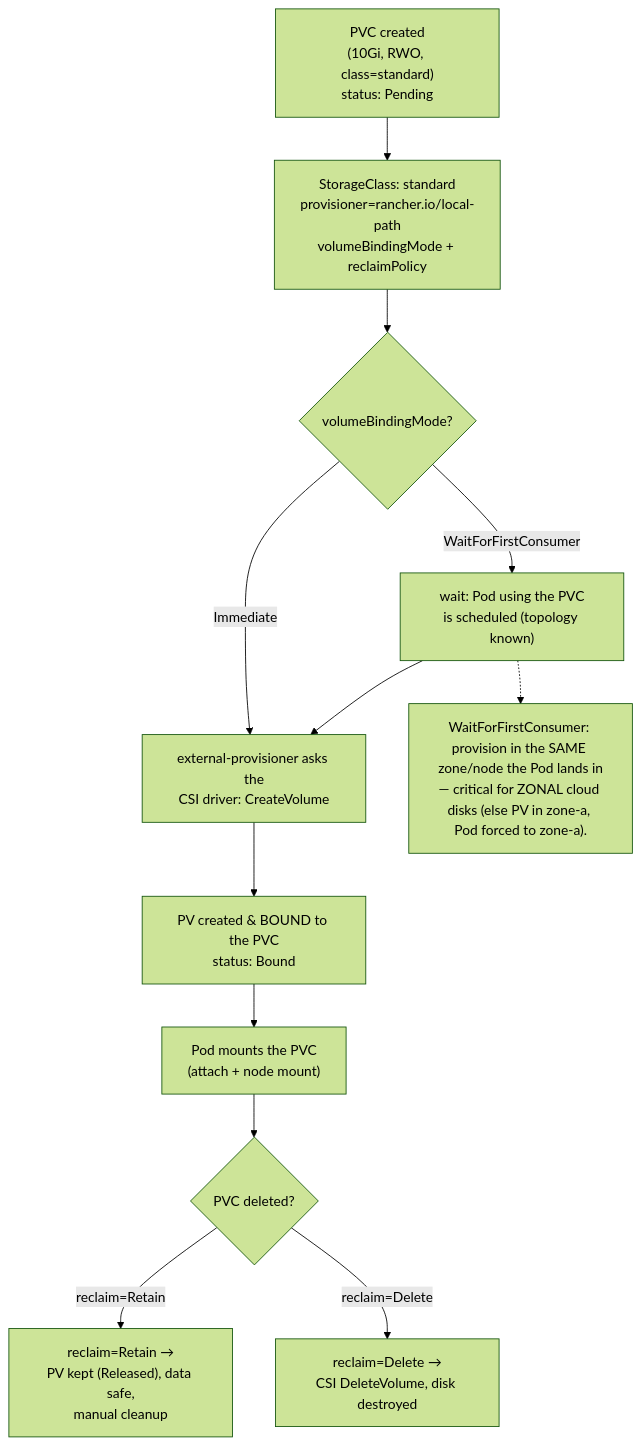
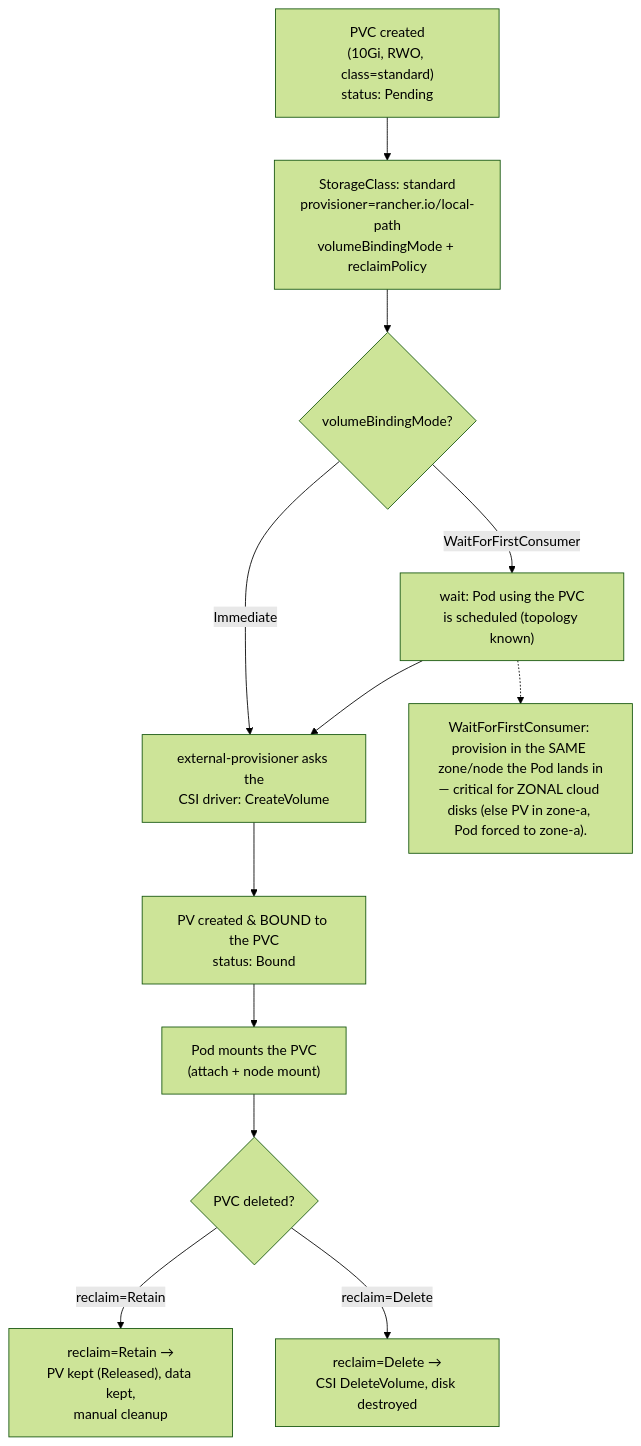
One commit to abd-ulbasit/bookstore-kubernetes-guide changed the first of 2 diagrams in full-guide/03-config-and-storage/04-persistent-storage.md. Above: the diagram before and after it, drawn with Mermaid (forest theme). The commit also changed other lines of this file and 1 other file, not shown here.

````diff
--- a/full-guide/03-config-and-storage/04-persistent-storage.md
+++ b/full-guide/03-config-and-storage/04-persistent-storage.md
@@ -66,23 +96,23 @@
 ```mermaid
 flowchart TB
     pvc["PVC created<br/>(10Gi, RWO, class=standard)<br/>status: Pending"]
     sc["StorageClass: standard<br/>provisioner=rancher.io/local-path<br/>volumeBindingMode + reclaimPolicy"]
     wffc{"volumeBindingMode?"}
     sched["wait: Pod using the PVC<br/>is scheduled (topology known)"]
     prov["external-provisioner asks the<br/>CSI driver: CreateVolume"]
     pv["PV created & BOUND to the PVC<br/>status: Bound"]
     pod["Pod mounts the PVC<br/>(attach + node mount)"]
     del{"PVC deleted?"}
-    retain["reclaim=Retain →<br/>PV kept (Released), data safe,<br/>manual cleanup"]
+    retain["reclaim=Retain →<br/>PV kept (Released), data kept,<br/>manual cleanup"]
     delete["reclaim=Delete →<br/>CSI DeleteVolume, disk destroyed"]
 
     pvc --> sc --> wffc
     wffc -- "Immediate" --> prov
     wffc -- "WaitForFirstConsumer" --> sched --> prov
     prov --> pv --> pod
     pod --> del
     del -- "reclaim=Retain" --> retain
     del -- "reclaim=Delete" --> delete
     note["WaitForFirstConsumer: provision in the SAME zone/node the Pod lands in<br/>— critical for ZONAL cloud disks (else PV in zone-a, Pod forced to zone-a)."]
     sched -.-> note
 ```
````
